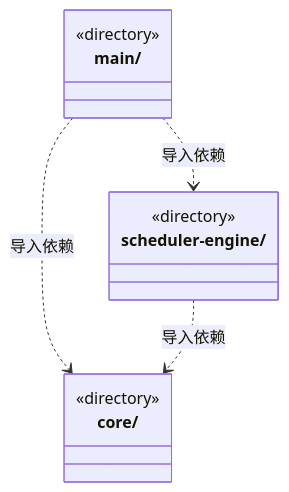
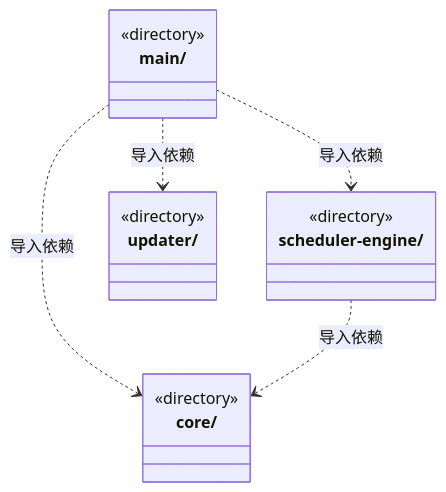
Before and after one commit to nan023062/cbim: the diagram in src/backend/ARCHITECTURE.md, drawn with Mermaid. The commit also changed other lines of this file and 118 other files, not shown here.

````diff
--- a/src/backend/ARCHITECTURE.md
+++ b/src/backend/ARCHITECTURE.md
@@ -15,15 +15,19 @@
 ```mermaid
 classDiagram
 class N_src_backend_core["core/"] {
   <<directory>>
 }
 class N_src_backend_main["main/"] {
   <<directory>>
 }
 class N_src_backend_scheduler_engine["scheduler-engine/"] {
   <<directory>>
 }
+class N_src_backend_updater["updater/"] {
+  <<directory>>
+}
 N_src_backend_main ..> N_src_backend_scheduler_engine : 导入依赖
 N_src_backend_main ..> N_src_backend_core : 导入依赖
+N_src_backend_main ..> N_src_backend_updater : 导入依赖
 N_src_backend_scheduler_engine ..> N_src_backend_core : 导入依赖
 ```
````
